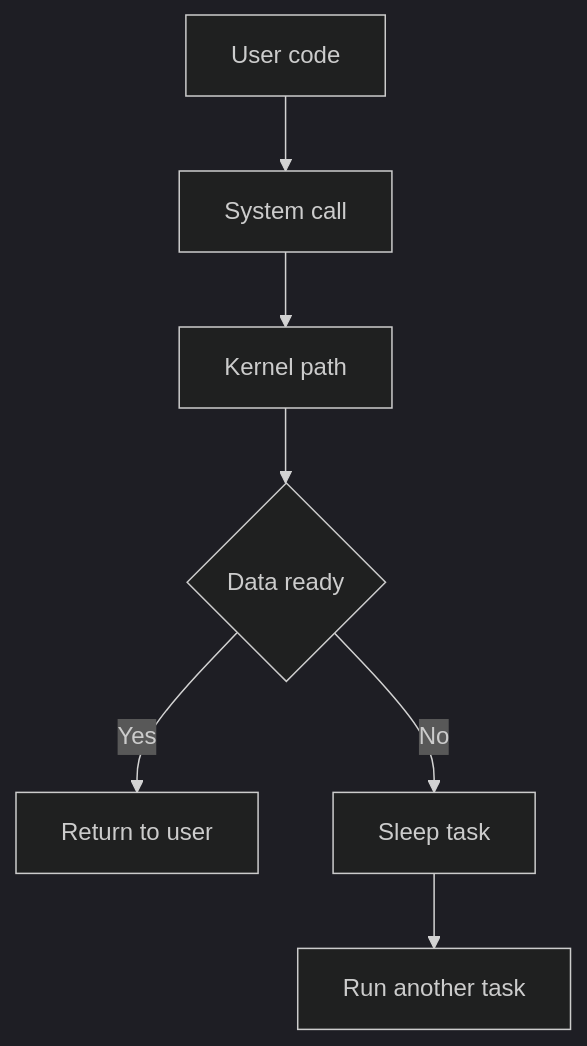
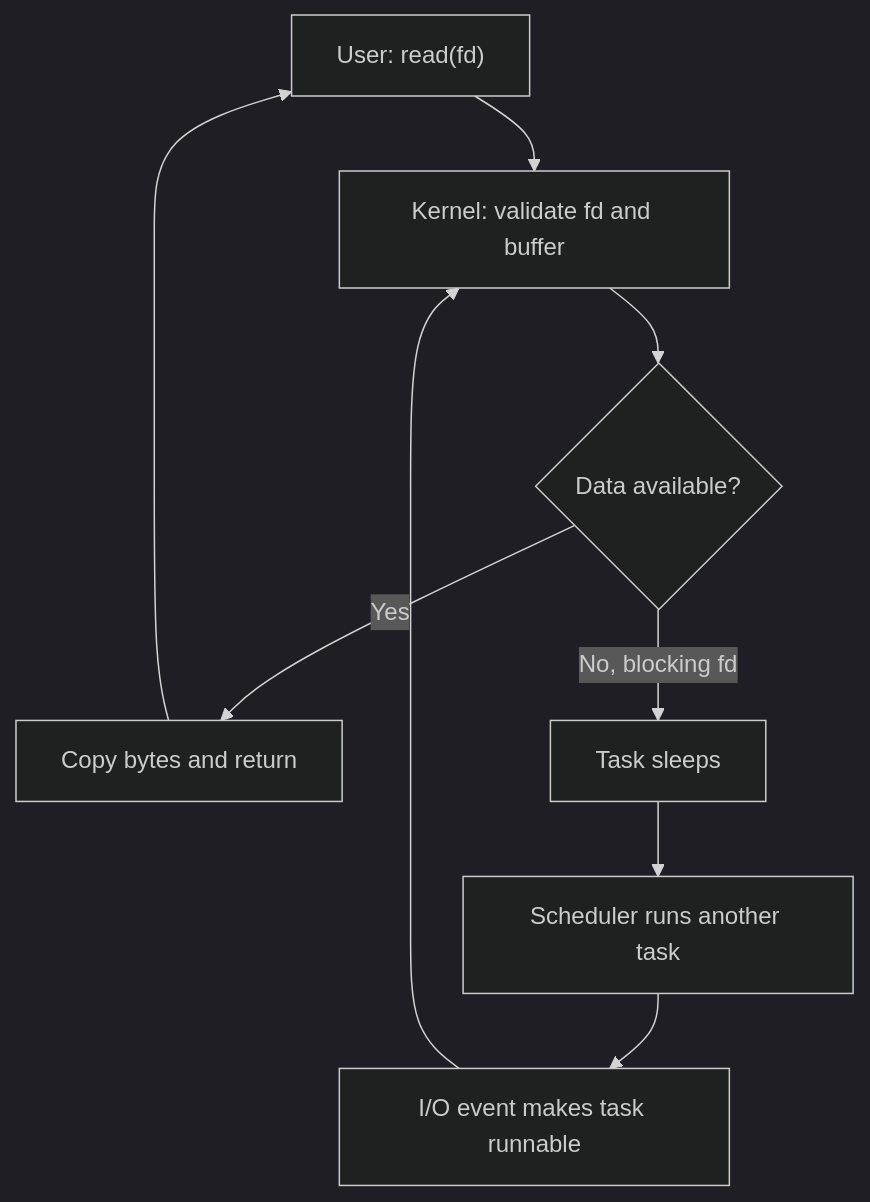
Before and after one commit to lu-xury/agent-backend-textbook: the diagram in app/book/chapter02.md, drawn with Mermaid (dark theme). The commit also changed other lines of this file and 17 other files, not shown here.

First line of the commit message:
审核全书概念、图表与伪代码

````diff
--- a/app/book/chapter02.md
+++ b/app/book/chapter02.md
@@ -169,9 +169,11 @@
 ```mermaid
 flowchart TD
-  User["User code"] --> Trap["System call"]
-  Trap --> Kernel["Kernel path"]
-  Kernel --> Ready{"Data ready"}
-  Ready -- Yes --> Return["Return to user"]
-  Ready -- No --> Sleep["Sleep task"]
-  Sleep --> Scheduler["Run another task"]
+  User["User: read(fd)"] --> Kernel["Kernel: validate fd and buffer"]
+  Kernel --> Ready{"Data available?"}
+  Ready -- Yes --> Copy["Copy bytes and return"]
+  Copy --> User
+  Ready -- No, blocking fd --> Sleep["Task sleeps"]
+  Sleep --> Other["Scheduler runs another task"]
+  Other --> Runnable["I/O event makes task runnable"]
+  Runnable --> Kernel
 ```
````
